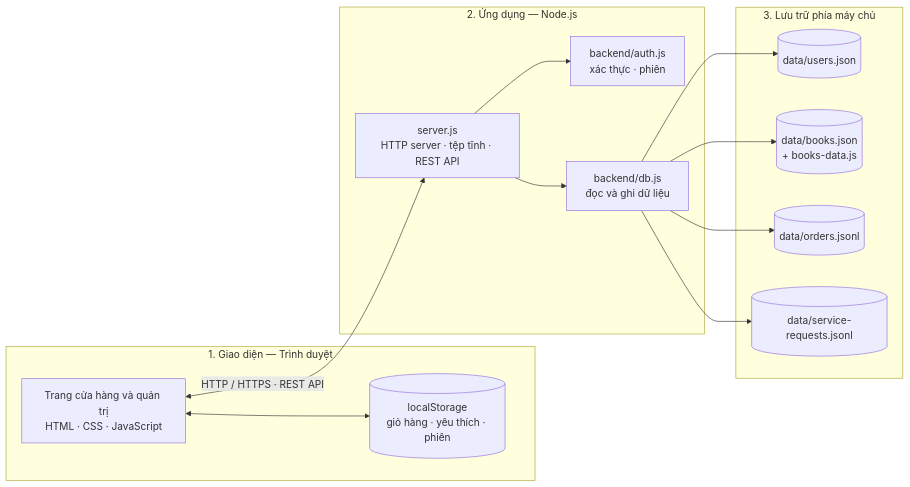
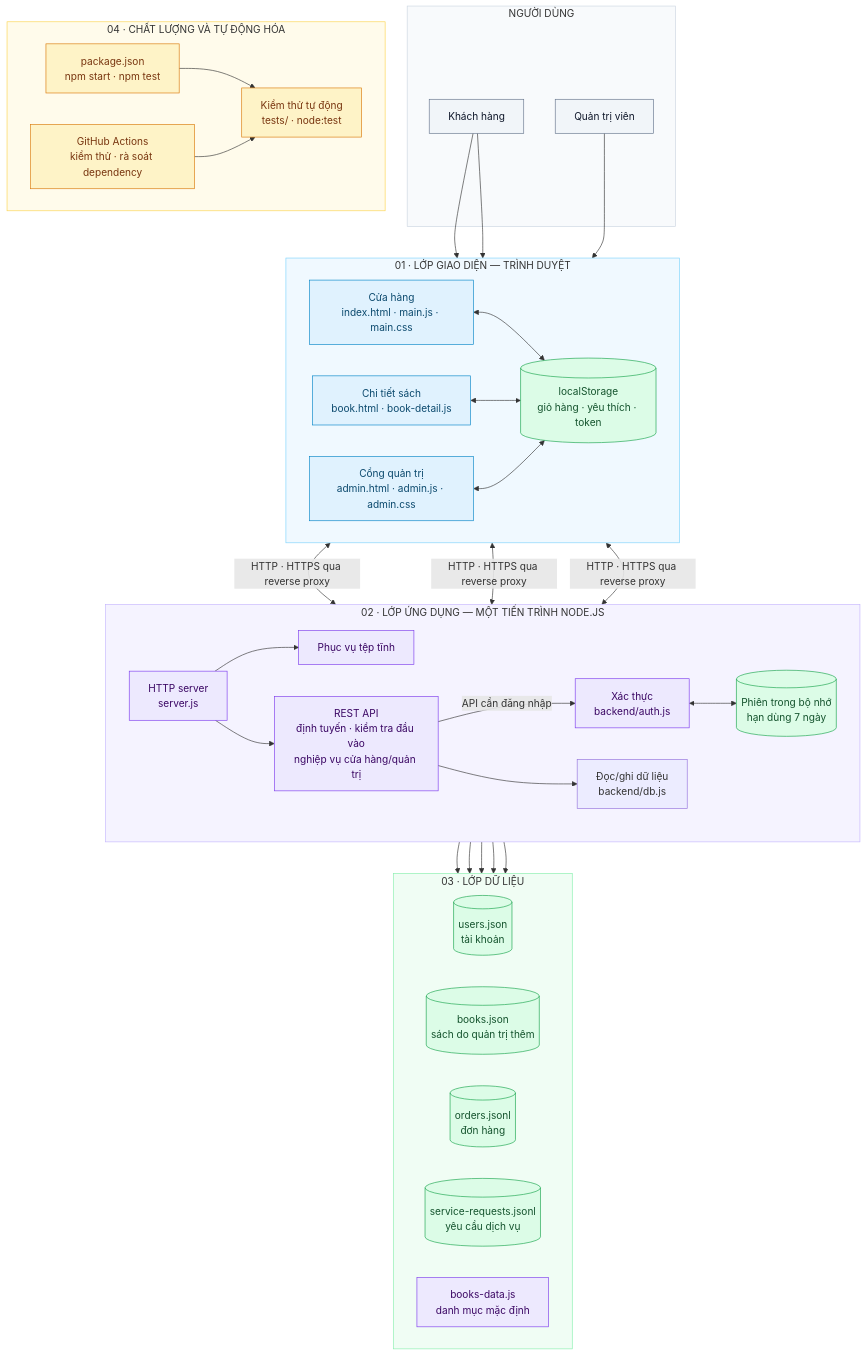
One commit to duongcongcao-0312/duannhom5-main changed the diagram in README.md. Above: the diagram before and after it, drawn with Mermaid. The commit also changed other lines of this file, not shown here.

````diff
--- a/README.md
+++ b/README.md
@@ -163,29 +164,80 @@
 ```mermaid
-flowchart LR
-    subgraph Client["1. Giao diện — Trình duyệt"]
-        UI["Trang cửa hàng và quản trị<br/>HTML · CSS · JavaScript"]
-        LS[("localStorage<br/>giỏ hàng · yêu thích · phiên")]
-        UI <--> LS
+flowchart TB
+    subgraph USER["NGƯỜI DÙNG"]
+        CUSTOMER["Khách hàng"]
+        ADMIN["Quản trị viên"]
     end
 
-    subgraph Server["2. Ứng dụng — Node.js"]
-        HTTP["server.js<br/>HTTP server · tệp tĩnh · REST API"]
-        AUTH["backend/auth.js<br/>xác thực · phiên"]
-        DB["backend/db.js<br/>đọc và ghi dữ liệu"]
-        HTTP --> AUTH
-        HTTP --> DB
+    subgraph CLIENT["01 · LỚP GIAO DIỆN — TRÌNH DUYỆT"]
+        direction LR
+        STORE["Cửa hàng<br/>index.html · main.js · main.css"]
+        DETAIL["Chi tiết sách<br/>book.html · book-detail.js"]
+        ADMIN_UI["Cổng quản trị<br/>admin.html · admin.js · admin.css"]
+        BROWSER_DATA[("localStorage<br/>giỏ hàng · yêu thích · token")]
+        STORE <--> BROWSER_DATA
+        DETAIL <--> BROWSER_DATA
+        ADMIN_UI <--> BROWSER_DATA
     end
 
-    subgraph Storage["3. Lưu trữ phía máy chủ"]
-        USERS[("data/users.json")]
-        BOOKS[("data/books.json<br/>+ books-data.js")]
-        ORDERS[("data/orders.jsonl")]
-        SERVICES[("data/service-requests.jsonl")]
+    subgraph APP["02 · LỚP ỨNG DỤNG — MỘT TIẾN TRÌNH NODE.JS"]
+        direction LR
+        SERVER["HTTP server<br/>server.js"]
+        STATIC["Phục vụ tệp tĩnh"]
+        API["REST API<br/>định tuyến · kiểm tra đầu vào<br/>nghiệp vụ cửa hàng/quản trị"]
+        AUTH["Xác thực<br/>backend/auth.js"]
+        SESSION[("Phiên trong bộ nhớ<br/>hạn dùng 7 ngày")]
+        REPOSITORY["Đọc/ghi dữ liệu<br/>backend/db.js"]
+        SERVER --> STATIC
+        SERVER --> API
+        API -->|"API cần đăng nhập"| AUTH
+        AUTH <--> SESSION
+        API --> REPOSITORY
     end
 
-    UI <-->|"HTTP / HTTPS · REST API"| HTTP
-    DB --> USERS
-    DB --> BOOKS
-    DB --> ORDERS
-    DB --> SERVICES
+    subgraph DATA["03 · LỚP DỮ LIỆU"]
+        direction LR
+        USERS[("users.json<br/>tài khoản")]
+        BOOKS[("books.json<br/>sách do quản trị thêm")]
+        ORDERS[("orders.jsonl<br/>đơn hàng")]
+        SERVICES[("service-requests.jsonl<br/>yêu cầu dịch vụ")]
+        CATALOG["books-data.js<br/>danh mục mặc định"]
+    end
+
+    subgraph QUALITY["04 · CHẤT LƯỢNG VÀ TỰ ĐỘNG HÓA"]
+        direction LR
+        TESTS["Kiểm thử tự động<br/>tests/ · node:test"]
+        CI["GitHub Actions<br/>kiểm thử · rà soát dependency"]
+        PACKAGE["package.json<br/>npm start · npm test"]
+        PACKAGE --> TESTS
+        CI --> TESTS
+    end
+
+    CUSTOMER --> STORE
+    CUSTOMER --> DETAIL
+    ADMIN --> ADMIN_UI
+    STORE <-->|"HTTP · HTTPS qua reverse proxy"| SERVER
+    DETAIL <-->|"HTTP · HTTPS qua reverse proxy"| SERVER
+    ADMIN_UI <-->|"HTTP · HTTPS qua reverse proxy"| SERVER
+    REPOSITORY --> USERS
+    REPOSITORY --> BOOKS
+    REPOSITORY --> ORDERS
+    REPOSITORY --> SERVICES
+    API --> CATALOG
+
+    classDef people fill:#f1f5f9,stroke:#64748b,color:#0f172a,stroke-width:1px
+    classDef client fill:#e0f2fe,stroke:#0284c7,color:#0c4a6e,stroke-width:1px
+    classDef app fill:#ede9fe,stroke:#7c3aed,color:#3b0764,stroke-width:1px
+    classDef storage fill:#dcfce7,stroke:#16a34a,color:#14532d,stroke-width:1px
+    classDef quality fill:#fef3c7,stroke:#d97706,color:#78350f,stroke-width:1px
+    class CUSTOMER,ADMIN people
+    class STORE,DETAIL,ADMIN_UI client
+    class SERVER,STATIC,API,AUTH app
+    class BROWSER_DATA,SESSION,USERS,BOOKS,ORDERS,SERVICES storage
+    class CATALOG app
+    class TESTS,CI,PACKAGE quality
+    style USER fill:#f8fafc,stroke:#cbd5e1
+    style CLIENT fill:#f0f9ff,stroke:#7dd3fc
+    style APP fill:#f5f3ff,stroke:#c4b5fd
+    style DATA fill:#f0fdf4,stroke:#86efac
+    style QUALITY fill:#fffbeb,stroke:#fcd34d
 ```
````
